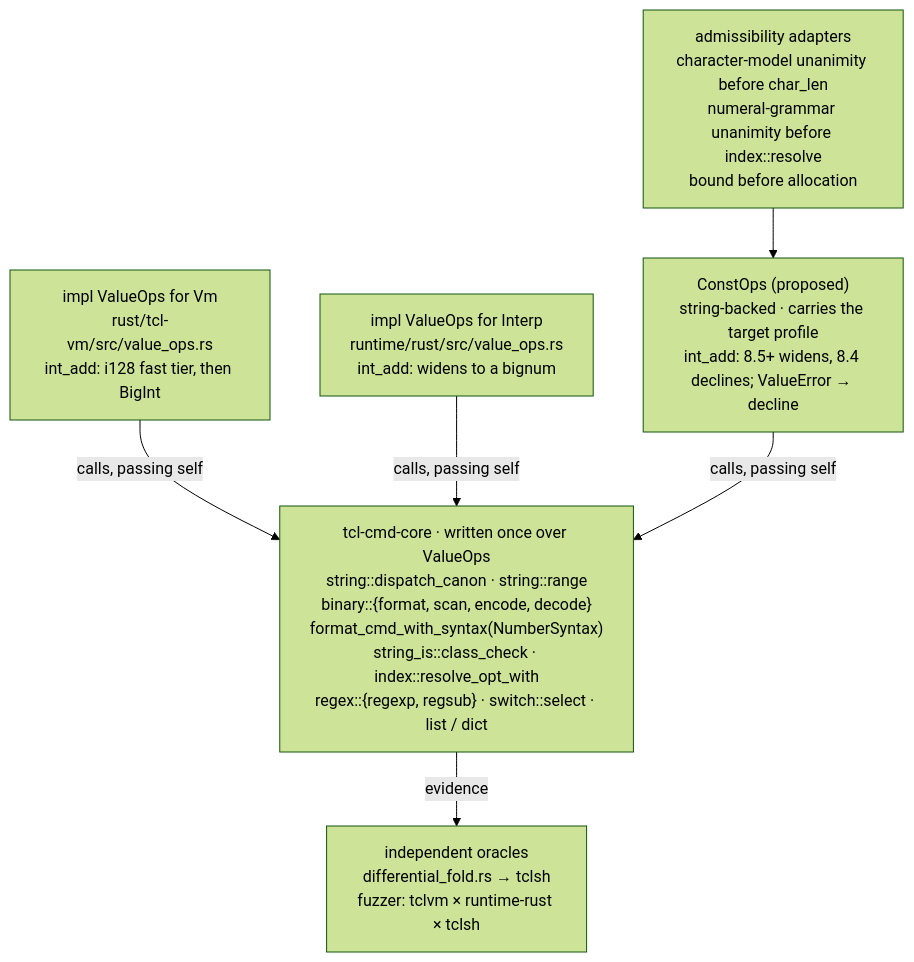
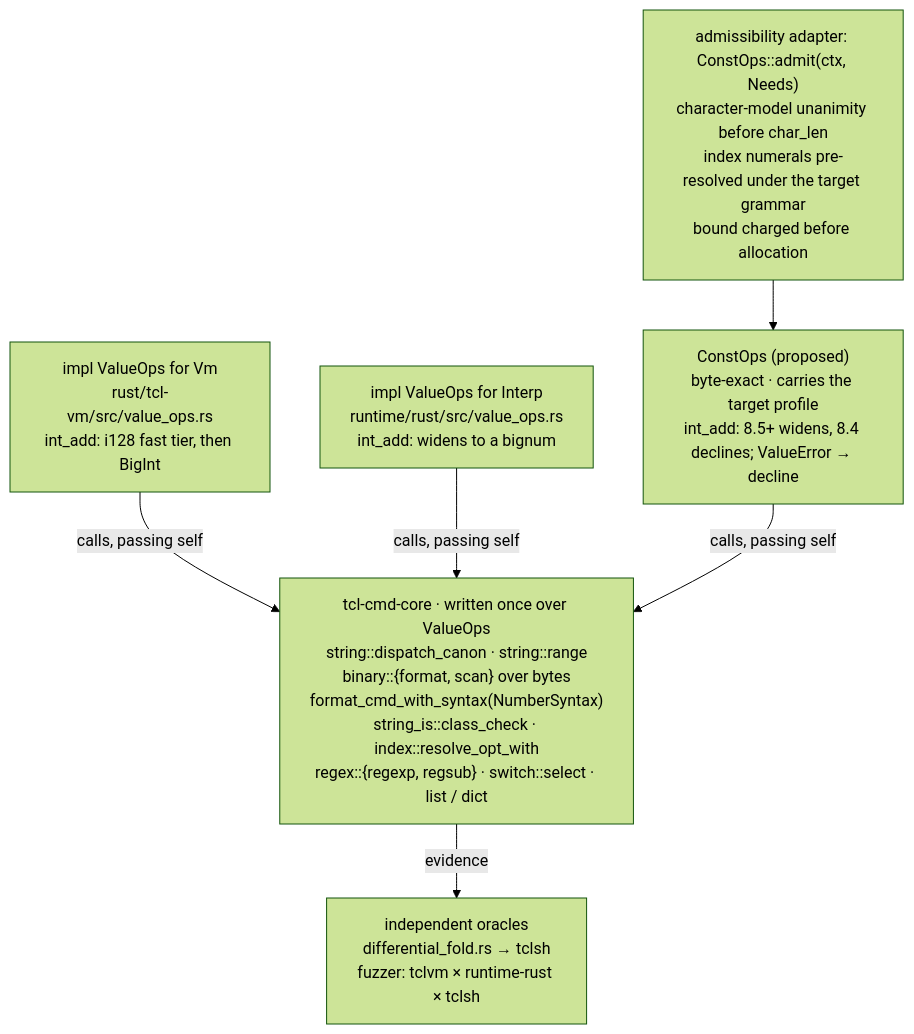
One commit to bitwisecook/tcl-lsp changed the second of 3 diagrams in docs/design/compiler/value-evaluation.md. Above: the diagram before and after it, drawn with Mermaid (forest theme). The commit also changed other lines of this file, not shown here.

First line of the commit message:
docs(design): value evaluation — complete the evaluation contract

````diff
--- a/docs/design/compiler/value-evaluation.md
+++ b/docs/design/compiler/value-evaluation.md
@@ -118,12 +178,12 @@
 ```mermaid
 flowchart TB
     VM["impl ValueOps for Vm<br/>rust/tcl-vm/src/value_ops.rs<br/>int_add: i128 fast tier, then BigInt"]
     RT["impl ValueOps for Interp<br/>runtime/rust/src/value_ops.rs<br/>int_add: widens to a bignum"]
-    CO["ConstOps (proposed)<br/>string-backed · carries the target profile<br/>int_add: 8.5+ widens, 8.4 declines; ValueError → decline"]
-    CORE["tcl-cmd-core · written once over ValueOps<br/>string::dispatch_canon · string::range<br/>binary::{format, scan, encode, decode}<br/>format_cmd_with_syntax(NumberSyntax)<br/>string_is::class_check · index::resolve_opt_with<br/>regex::{regexp, regsub} · switch::select · list / dict"]
+    CO["ConstOps (proposed)<br/>byte-exact · carries the target profile<br/>int_add: 8.5+ widens, 8.4 declines; ValueError → decline"]
+    CORE["tcl-cmd-core · written once over ValueOps<br/>string::dispatch_canon · string::range<br/>binary::{format, scan} over bytes<br/>format_cmd_with_syntax(NumberSyntax)<br/>string_is::class_check · index::resolve_opt_with<br/>regex::{regexp, regsub} · switch::select · list / dict"]
     VM -->|calls, passing self| CORE
     RT -->|calls, passing self| CORE
     CO -->|calls, passing self| CORE
-    AD["admissibility adapters<br/>character-model unanimity before char_len<br/>numeral-grammar unanimity before index::resolve<br/>bound before allocation"] --> CO
+    AD["admissibility adapter: ConstOps::admit(ctx, Needs)<br/>character-model unanimity before char_len<br/>index numerals pre-resolved under the target grammar<br/>bound charged before allocation"] --> CO
     CORE -->|evidence| OR["independent oracles<br/>differential_fold.rs → tclsh<br/>fuzzer: tclvm × runtime-rust × tclsh"]
 ```
````
